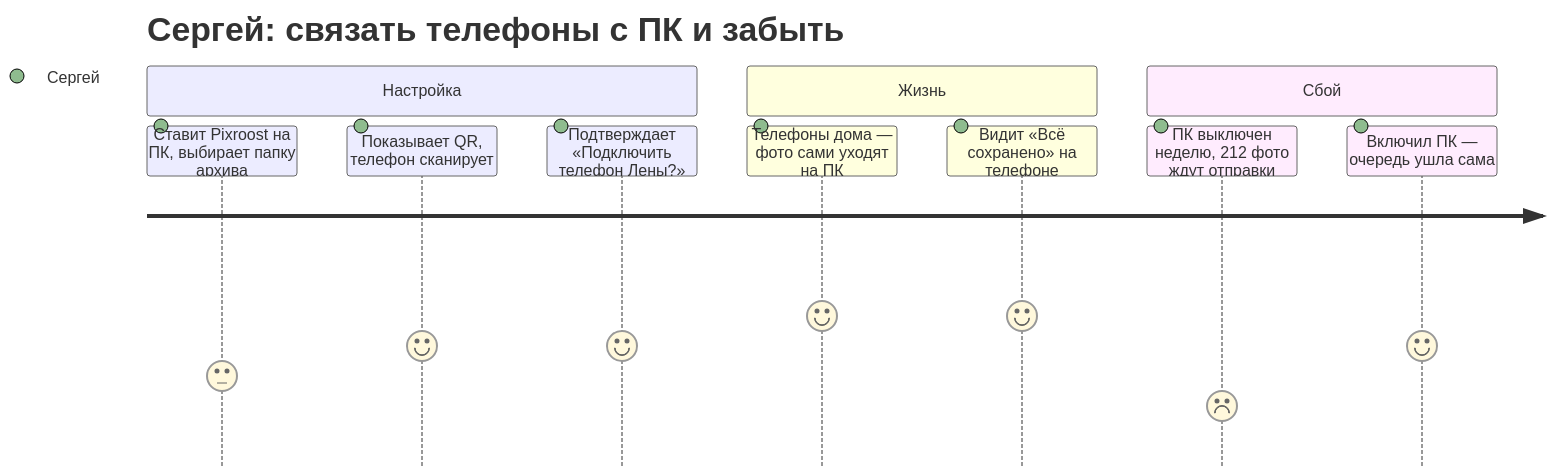
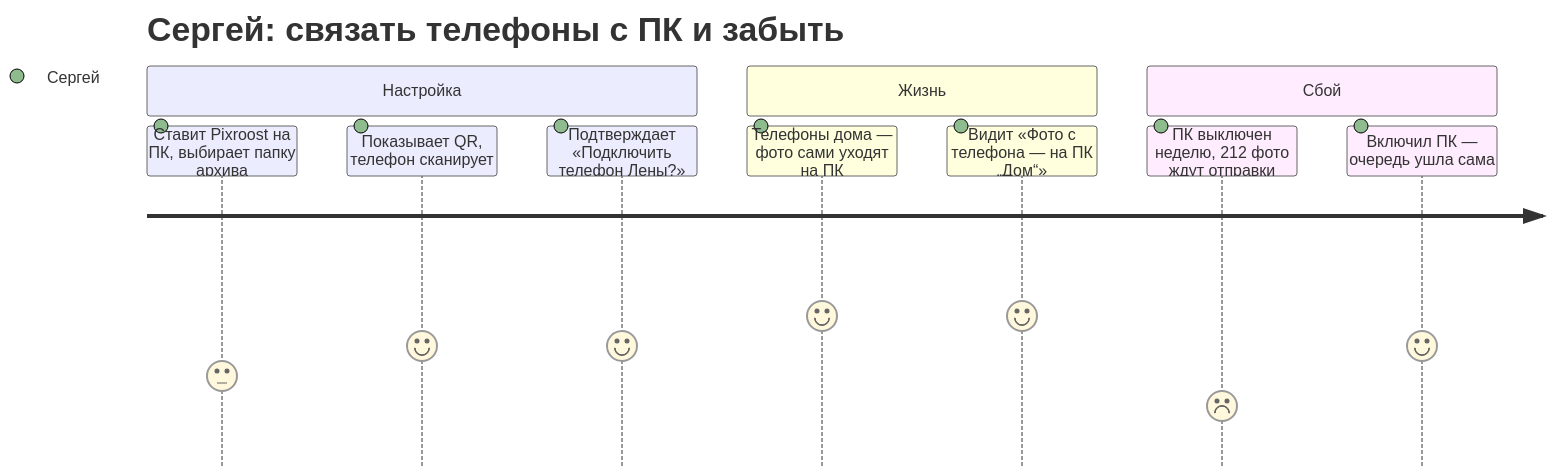
Before and after one commit to intelbetteramd-sys/pixroost: the second of 3 diagrams in docs/design/information-architecture.md, drawn with Mermaid. The commit also changed other lines of this file and 8 other files, not shown here.

````diff
--- a/docs/design/information-architecture.md
+++ b/docs/design/information-architecture.md
@@ -24,14 +24,14 @@
 ```mermaid
 journey
   title Сергей: связать телефоны с ПК и забыть
   section Настройка
     Ставит Pixroost на ПК, выбирает папку архива: 3: Сергей
     Показывает QR, телефон сканирует: 4: Сергей
     Подтверждает «Подключить телефон Лены?»: 4: Сергей
   section Жизнь
     Телефоны дома — фото сами уходят на ПК: 5: Сергей
-    Видит «Всё сохранено» на телефоне: 5: Сергей
+    Видит «Фото с телефона — на ПК „Дом“»: 5: Сергей
   section Сбой
     ПК выключен неделю, 212 фото ждут отправки: 2: Сергей
     Включил ПК — очередь ушла сама: 4: Сергей
 ```
````
